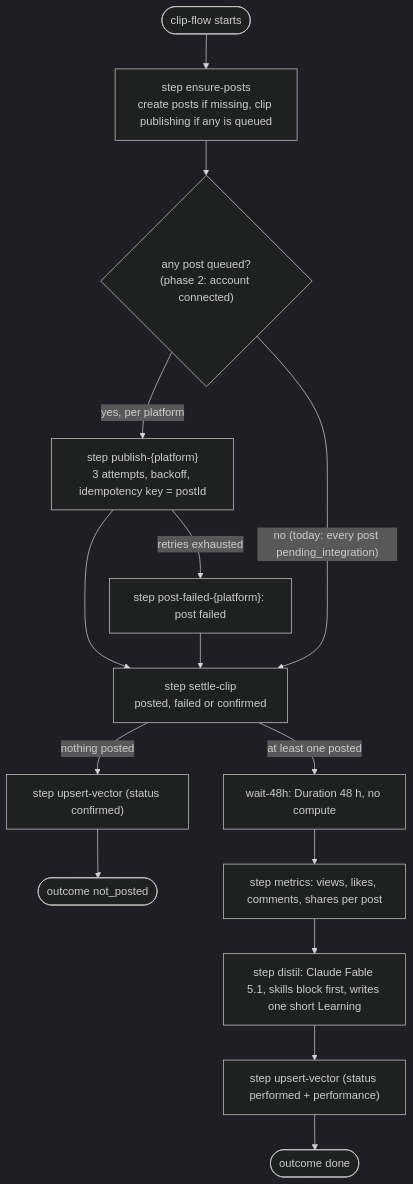
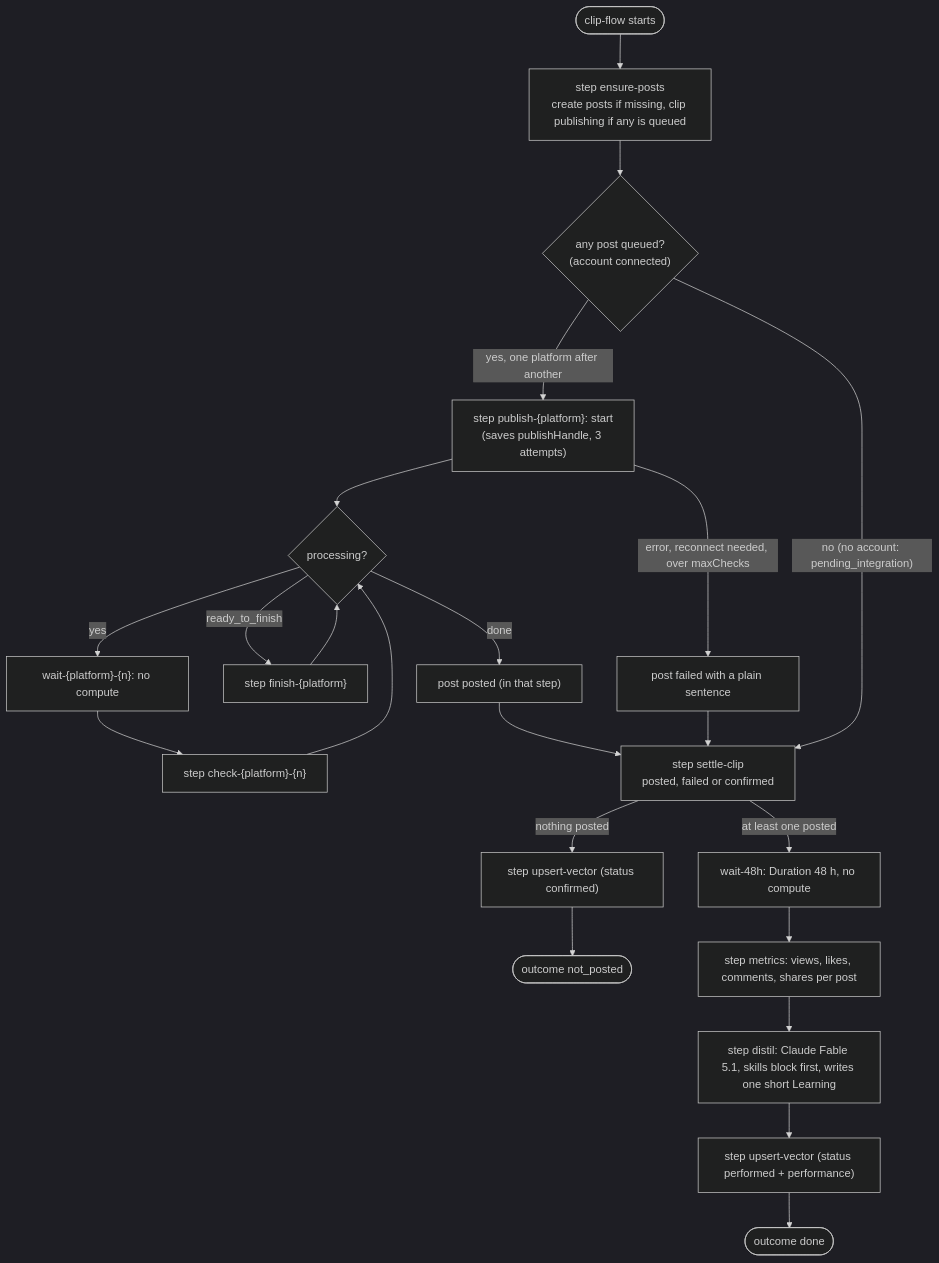
Before and after one commit to Lamo2real/clip-factory: the ninth of 19 diagrams in docs/ARCHITECTURE.md, drawn with Mermaid (dark theme). The commit also changed other lines of this file and 13 other files, not shown here.

First line of the commit message:
Document posting setup per platform

````diff
--- a/docs/ARCHITECTURE.md
+++ b/docs/ARCHITECTURE.md
@@ -369,15 +377,18 @@
 ```mermaid
 flowchart TD
   s([clip-flow starts]) --> ep["step ensure-posts<br/>create posts if missing, clip publishing if any is queued"]
-  ep --> pub{"any post queued?<br/>(phase 2: account connected)"}
-  pub -- "yes, per platform" --> pp["step publish-{platform}<br/>3 attempts, backoff, idempotency key = postId"]
-  pp -- "retries exhausted" --> pf["step post-failed-{platform}: post failed"]
-  pp --> settle
+  ep --> pub{"any post queued?<br/>(account connected)"}
+  pub -- "yes, one platform after another" --> pp["step publish-{platform}: start<br/>(saves publishHandle, 3 attempts)"]
+  pp --> chk{"processing?"}
+  chk -- yes --> wt["wait-{platform}-{n}: no compute"] --> ck["step check-{platform}-{n}"] --> chk
+  chk -- "ready_to_finish" --> fin["step finish-{platform}"] --> chk
+  chk -- done --> mp["post posted (in that step)"] --> settle
+  pp -- "error, reconnect needed, over maxChecks" --> pf["post failed with a plain sentence"]
   pf --> settle
-  pub -- "no (today: every post pending_integration)" --> settle["step settle-clip<br/>posted, failed or confirmed"]
+  pub -- "no (no account: pending_integration)" --> settle["step settle-clip<br/>posted, failed or confirmed"]
   settle -- "nothing posted" --> uv1["step upsert-vector (status confirmed)"] --> np([outcome not_posted])
   settle -- "at least one posted" --> w48["wait-48h: Duration 48 h, no compute"]
   w48 --> met["step metrics: views, likes, comments, shares per post"]
   met --> dis["step distil: Claude Fable 5.1, skills block first, writes one short Learning"]
   dis --> uv2["step upsert-vector (status performed + performance)"] --> done([outcome done])
 ```
````
